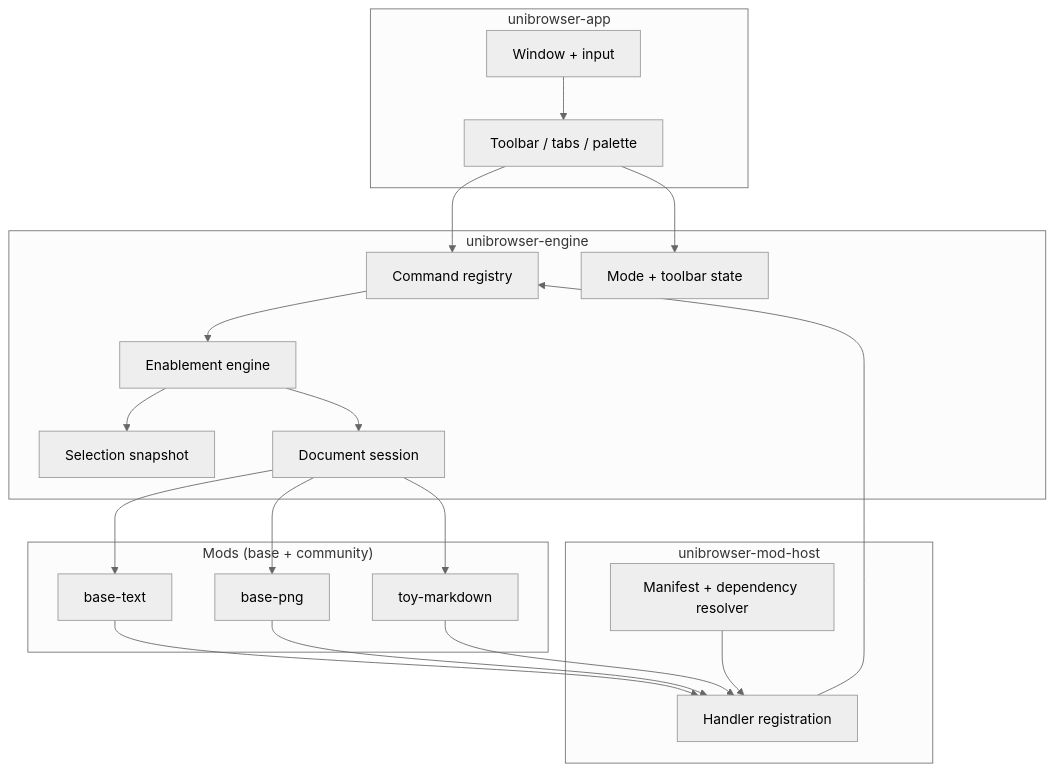
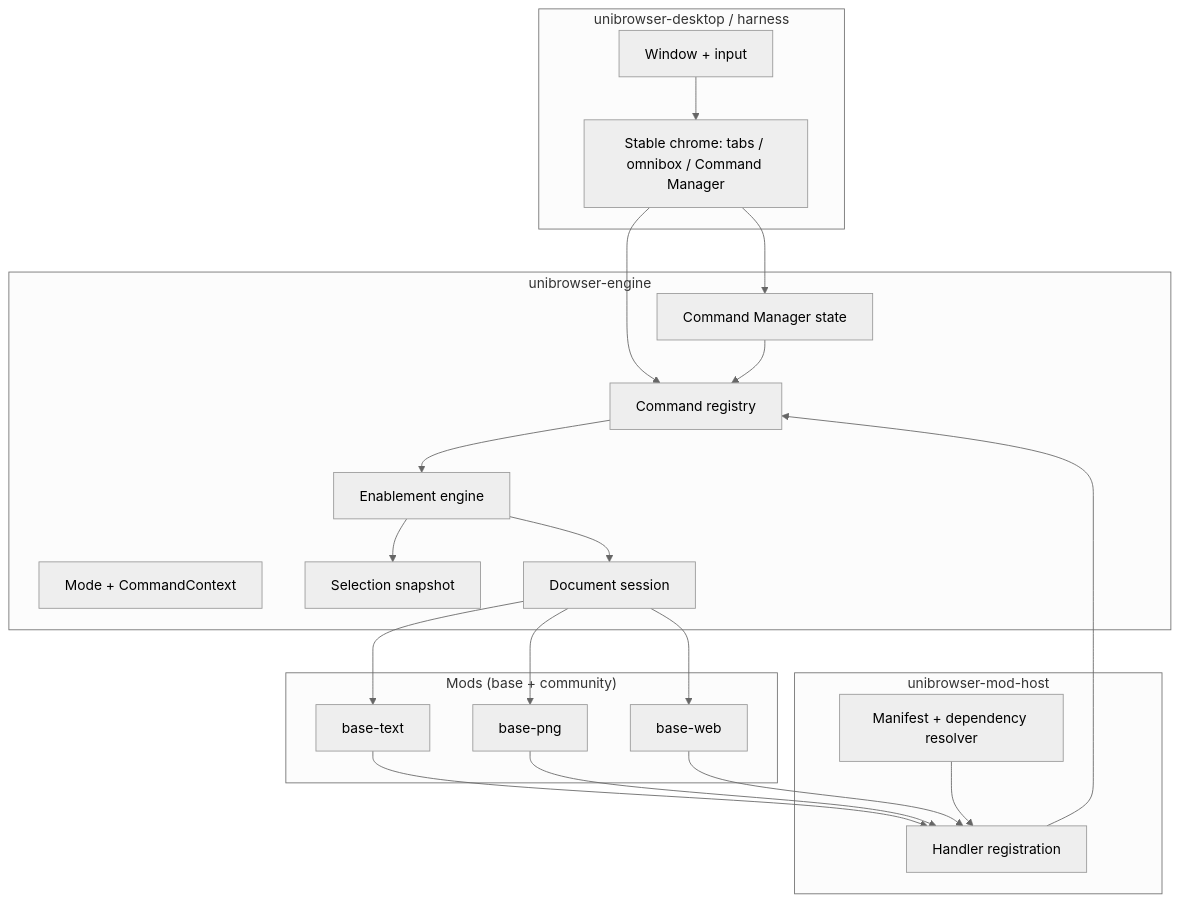
One commit to browforge/unibrowser changed the first of 4 diagrams in docs/architecture.md. Above: the diagram before and after it, drawn with Mermaid (neutral theme). The commit also changed other lines of this file and 10 other files, not shown here.

````diff
--- a/docs/architecture.md
+++ b/docs/architecture.md
@@ -7,41 +9,43 @@
 ```mermaid
 flowchart TB
-  subgraph App["unibrowser-app"]
-    UI[Toolbar / tabs / palette]
+  subgraph App["unibrowser-desktop / harness"]
+    UI[Stable chrome: tabs / omnibox / Command Manager]
     Win[Window + input]
   end
 
   subgraph Engine["unibrowser-engine"]
     CMD[Command registry]
+    CM[Command Manager state]
     EN[Enablement engine]
-    MODE[Mode + toolbar state]
+    MODE[Mode + CommandContext]
     DOC[Document session]
     SEL[Selection snapshot]
   end
 
   subgraph Host["unibrowser-mod-host"]
     LOAD[Manifest + dependency resolver]
     REG[Handler registration]
   end
 
   subgraph Mods["Mods (base + community)"]
     T[base-text]
     P[base-png]
-    X[toy-markdown]
+    X[base-web]
   end
 
   Win --> UI
   UI --> CMD
-  UI --> MODE
+  UI --> CM
+  CM --> CMD
   CMD --> EN
   EN --> SEL
   EN --> DOC
   LOAD --> REG
   REG --> CMD
   T --> REG
   P --> REG
   X --> REG
   DOC --> T
   DOC --> P
   DOC --> X
 ```
````
